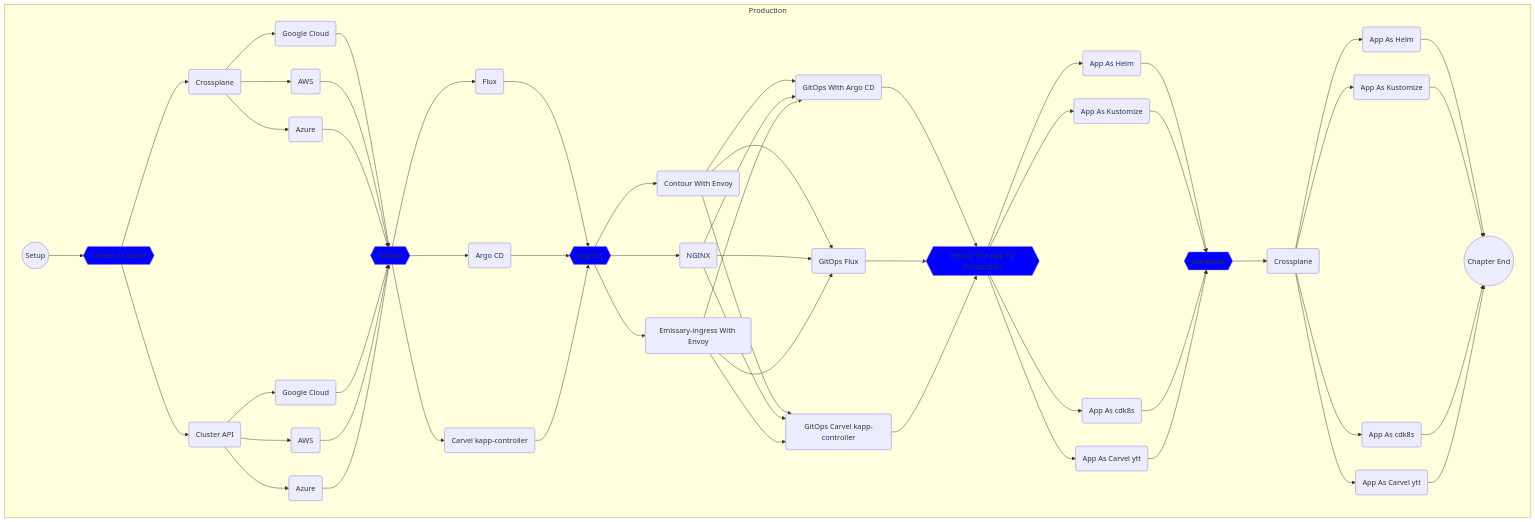
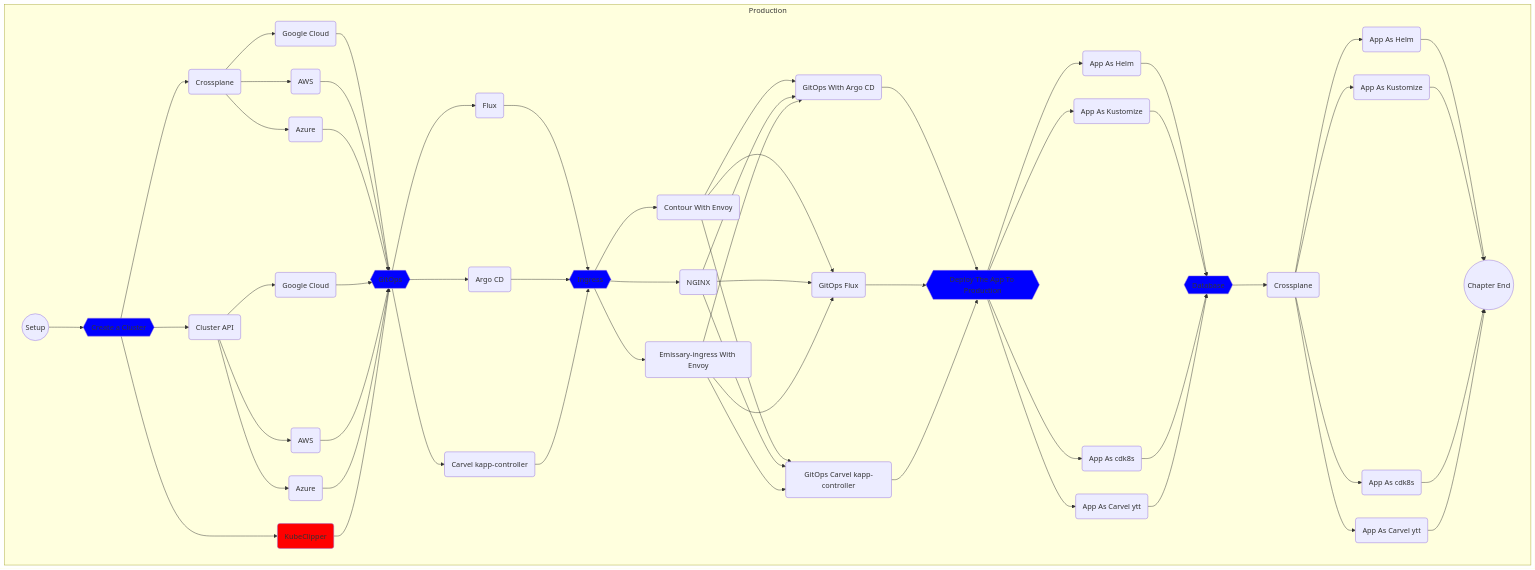
The third of 11 diagrams in solution.md (vfarcic/cncf-demo), drawn with Mermaid before and after one commit. The commit also changed 2 other files, not shown here.

```diff
--- a/solution.md
+++ b/solution.md
@@ -223,8 +223,11 @@
         click capi-aws "https://github.com/vfarcic/cncf-demo/blob/main/manuscript/cluster/capi-aws.md"
         capi-azure(Azure)
         click capi-azure "https://github.com/vfarcic/cncf-demo/blob/main/manuscript/cluster/capi-azure.md"
+        kubeclipper(KubeClipper)
+        style kubeclipper fill:red
         cluster --> cluster-crossplane --> cluster-crossplane-google & cluster-crossplane-aws & cluster-crossplane-azure --> gitops
         cluster --> cluster-cluster-api --> capi-google & capi-aws & capi-azure --> gitops
+        cluster --> kubeclipper --> gitops
 
         %% ------------
         %% -- GitOps --
```
